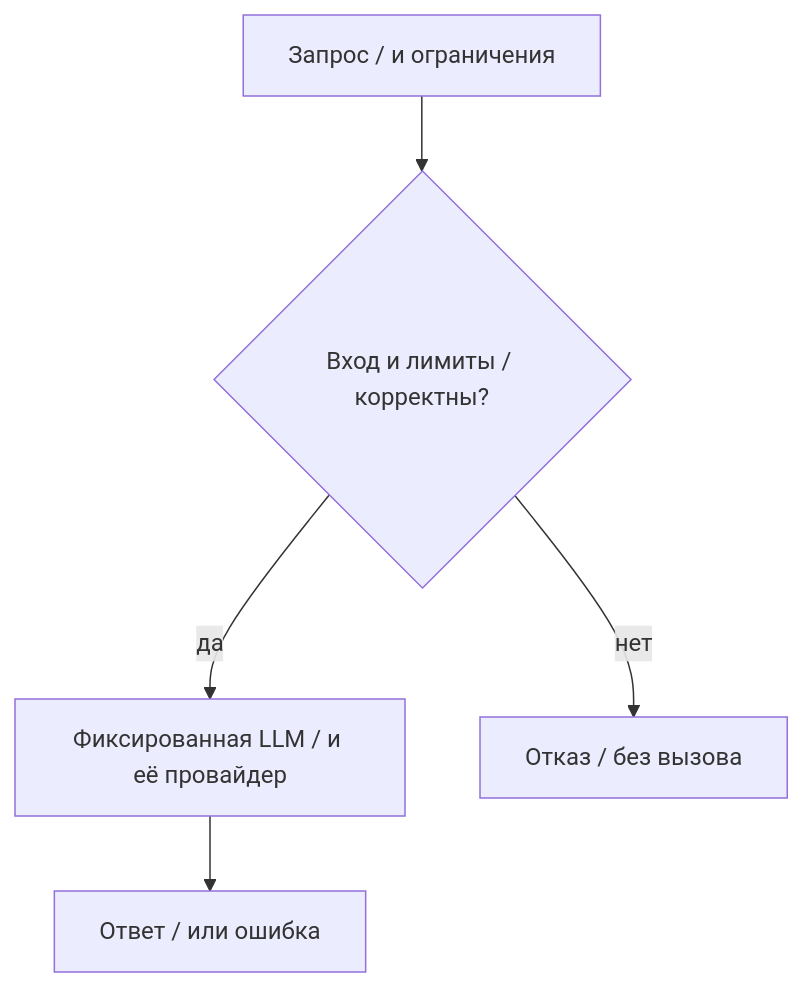
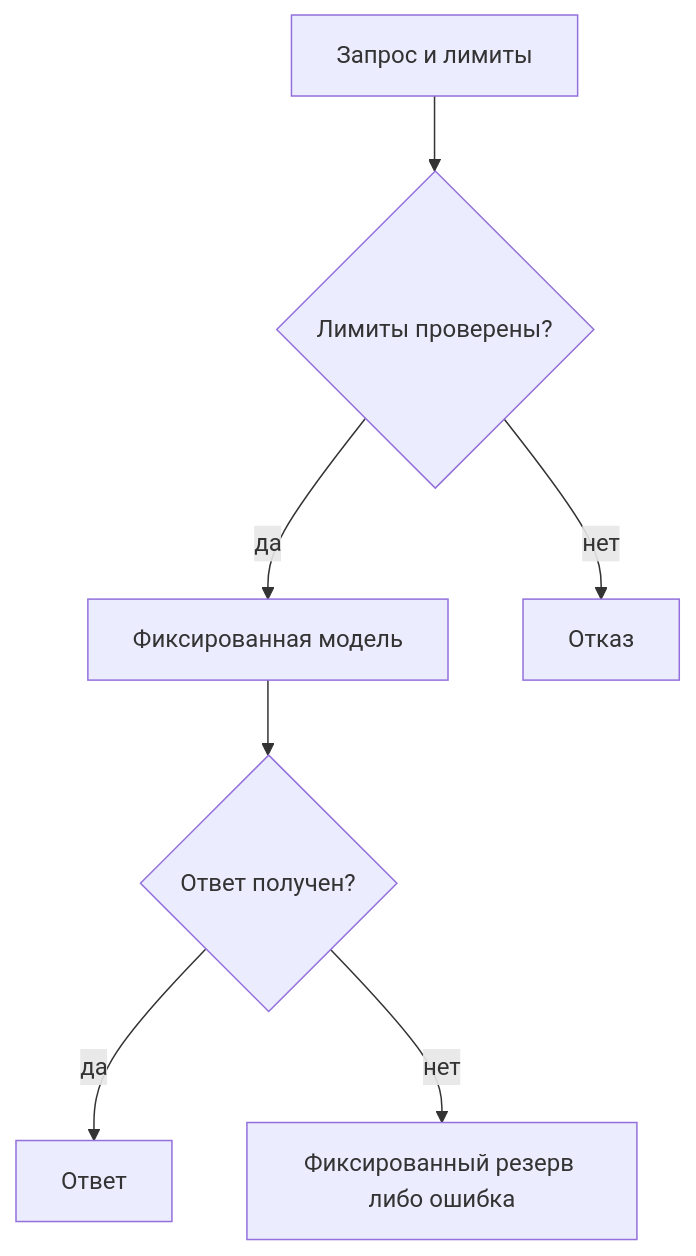
One commit to Mixlazer/ML_Sys_Design_HW changed the first of 2 diagrams in docs/ml_system_design_doc.md. Above: the diagram before and after it, drawn with Mermaid. The commit also changed other lines of this file and 16 other files, not shown here.

````diff
--- a/docs/ml_system_design_doc.md
+++ b/docs/ml_system_design_doc.md
@@ -176,7 +54,9 @@
 ```mermaid
 flowchart TD
-    REQUEST["Запрос / и ограничения"] --> CHECK{"Вход и лимиты / корректны?"}
-    CHECK -->|"да"| CALL["Фиксированная LLM / и её провайдер"]
-    CHECK -->|"нет"| ERROR["Отказ / без вызова"]
-    CALL --> RESULT["Ответ / или ошибка"]
+    R["Запрос и лимиты"] --> V{"Лимиты проверены?"}
+    V -->|"да"| B["Фиксированная модель"]
+    V -->|"нет"| E["Отказ"]
+    B --> T{"Ответ получен?"}
+    T -->|"да"| A["Ответ"]
+    T -->|"нет"| F["Фиксированный резерв либо ошибка"]
 ```
````
